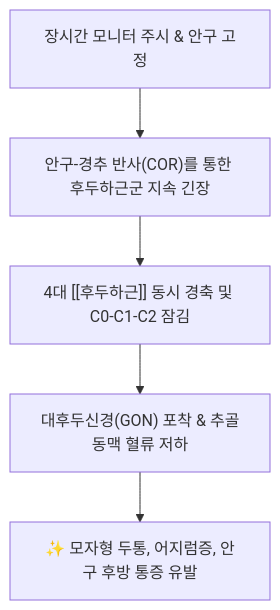
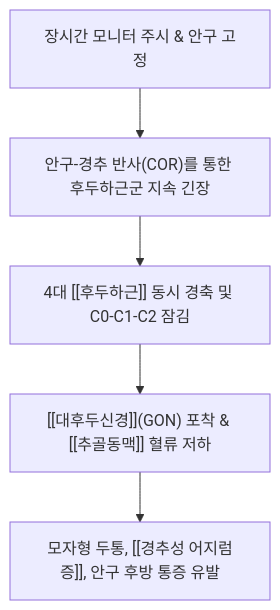
Before and after one commit to simbio11/simbio-digital-garden2: the second of 3 diagrams in content/1. 근골격계 공부/근육/(2) 경부/후두하근.md, drawn with Mermaid. The commit also changed other lines of this file and 150 other files, not shown here.

````diff
--- a/content/1. 근골격계 공부/근육/(2) 경부/후두하근.md
+++ b/content/1. 근골격계 공부/근육/(2) 경부/후두하근.md
@@ -52,7 +71,7 @@
 ```mermaid
 graph TD
     VisualEyeStrain["장시간 모니터 주시 & 안구 고정"] --> COR_Overload["안구-경추 반사(COR)를 통한 후두하근군 지속 긴장"]
     COR_Overload --> SuboccipitalSpasm["4대 [[후두하근]] 동시 경축 및 C0-C1-C2 잠김"]
-    SuboccipitalSpasm --> NeuroVascularTrap["대후두신경(GON) 포착 & 추골동맥 혈류 저하"]
-    NeuroVascularTrap --> IntractableCephalea["✨ 모자형 두통, 어지럼증, 안구 후방 통증 유발"]
+    SuboccipitalSpasm --> NeuroVascularTrap["[[대후두신경]](GON) 포착 & [[추골동맥]] 혈류 저하"]
+    NeuroVascularTrap --> IntractableCephalea["모자형 두통, [[경추성 어지럼증]], 안구 후방 통증 유발"]
 ```
````
